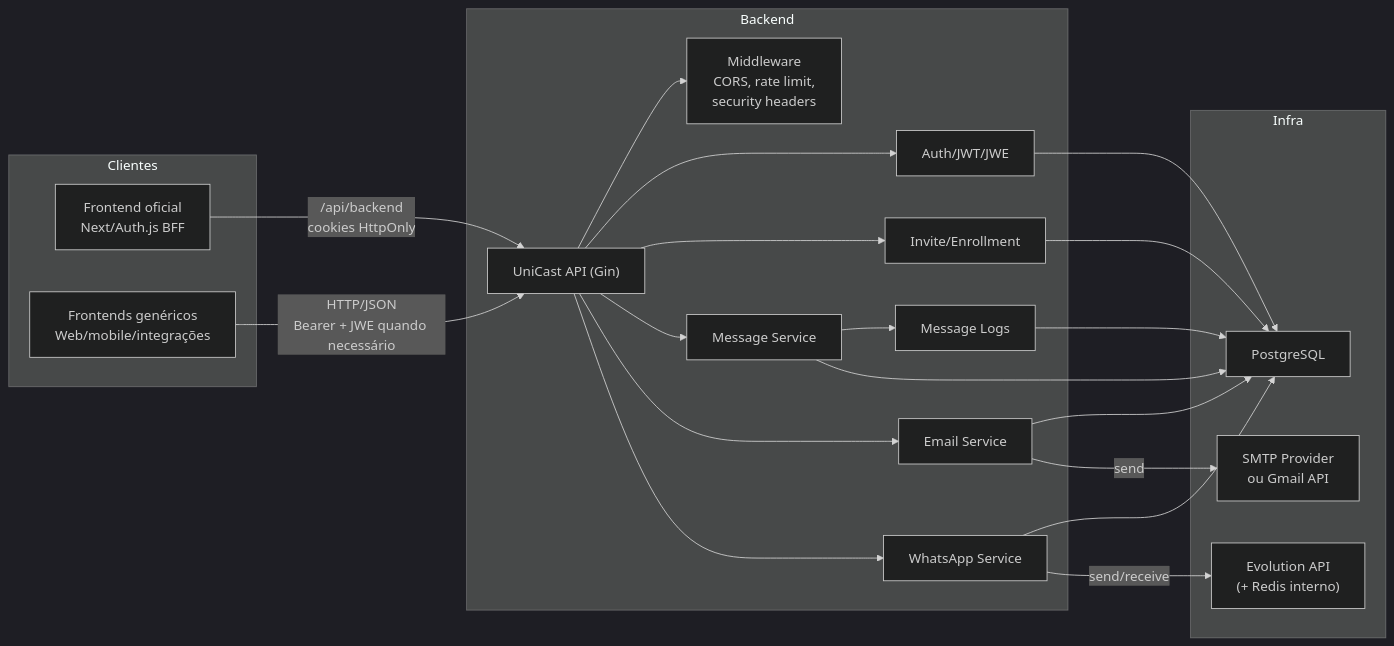
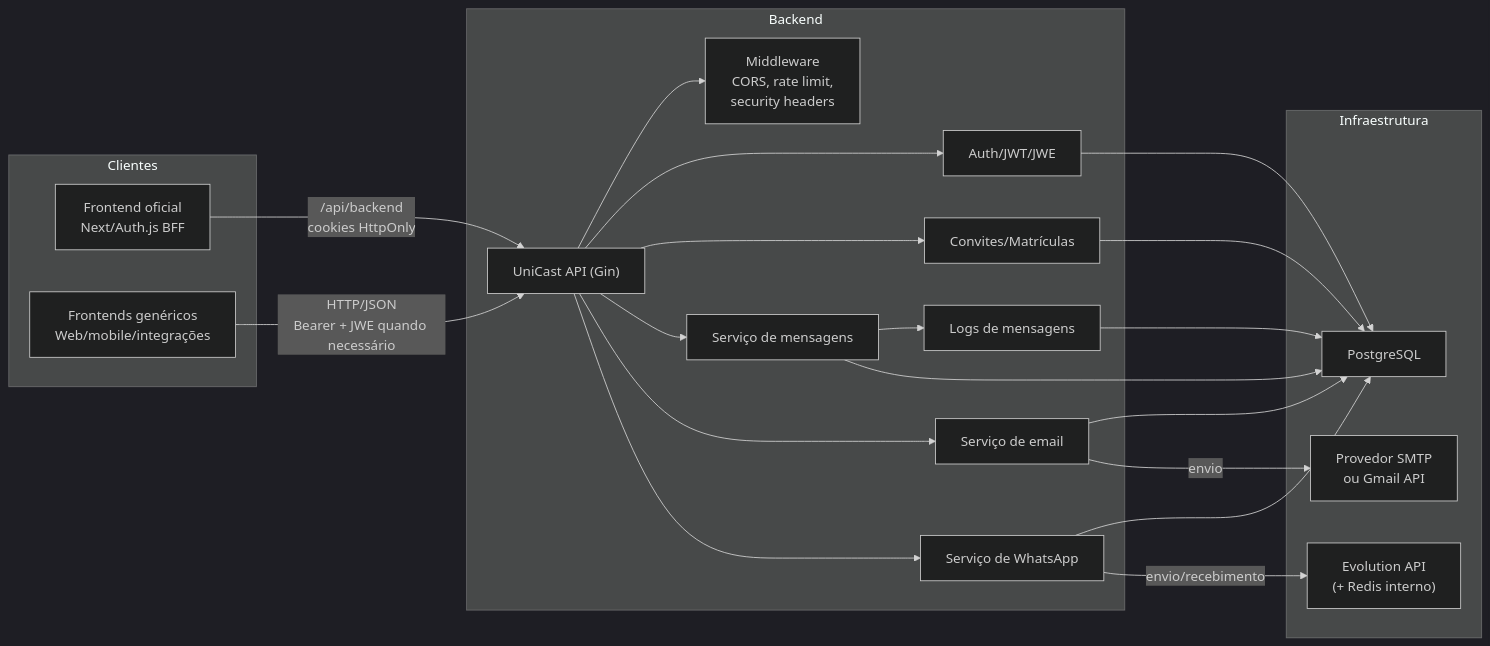
Before and after one commit to ThalysSilva/unicast-backend: the first of 8 diagrams in README.md, drawn with Mermaid (dark theme). The commit also changed other lines of this file, not shown here.

Commit message:
fix: corrigindo diagramas no readme

````diff
--- a/README.md
+++ b/README.md
@@ -188,40 +188,40 @@
 ```mermaid
 flowchart LR
     subgraph Clients["Clientes"]
         OfficialFE["Frontend oficial\nNext/Auth.js BFF"]
         GenericFE["Frontends genéricos\nWeb/mobile/integrações"]
     end
-    subgraph Backend
+    subgraph Backend["Backend"]
         API["UniCast API (Gin)"]
         Auth["Auth/JWT/JWE"]
         Security["Middleware\nCORS, rate limit,\nsecurity headers"]
-        Msg["Message Service"]
-        Inv["Invite/Enrollment"]
-        SMTP["Email Service"]
-        WA["WhatsApp Service"]
-        Log["Message Logs"]
+        Msg["Serviço de mensagens"]
+        Inv["Convites/Matrículas"]
+        SMTP["Serviço de email"]
+        WA["Serviço de WhatsApp"]
+        Log["Logs de mensagens"]
     end
-    subgraph Infra
+    subgraph Infra["Infraestrutura"]
         PG["PostgreSQL"]
         Evo["Evolution API\n(+ Redis interno)"]
-        Mail["SMTP Provider\nou Gmail API"]
+        Mail["Provedor SMTP\nou Gmail API"]
     end
 
     OfficialFE -->|/api/backend\ncookies HttpOnly| API
     GenericFE -->|HTTP/JSON\nBearer + JWE quando necessário| API
     API --> Security
     API --> Auth
     API --> Inv
     API --> Msg
     API --> SMTP
     API --> WA
     Msg --> Log
     Auth --> PG
     Inv --> PG
     Msg --> PG
     Log --> PG
     SMTP --> PG
     WA --> PG
-    WA -->|send/receive| Evo
-    SMTP -->|send| Mail
+    WA -->|envio/recebimento| Evo
+    SMTP -->|envio| Mail
 ```
````
